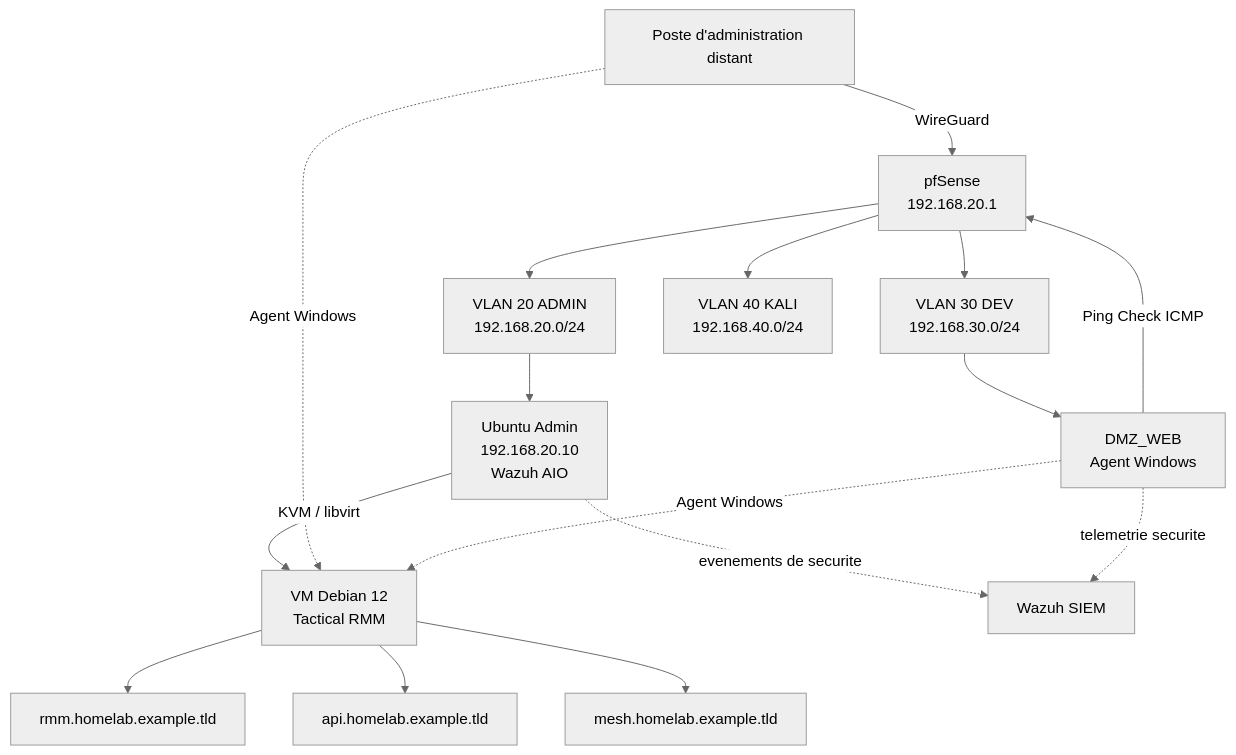
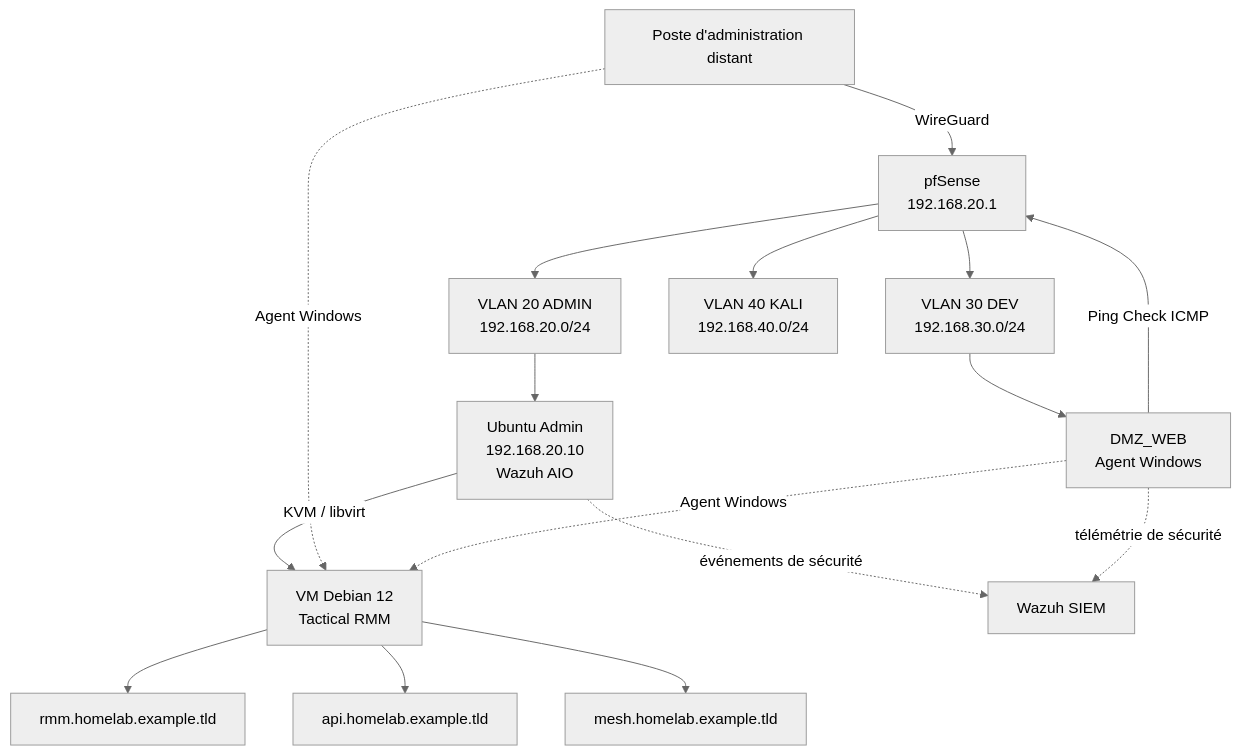
Before and after one commit to Mounir78190/Tactical-RMM-HomeLab: the diagram in diagrams/architecture.mmd, drawn with Mermaid (neutral theme). The commit also changed 11 other files, not shown here.

```diff
--- a/diagrams/architecture.mmd
+++ b/diagrams/architecture.mmd
@@ -1,21 +1,21 @@
 flowchart TB
     REMOTE[Poste d'administration distant] -->|WireGuard| PF[pfSense<br/>192.168.20.1]
 
     PF --> ADMIN[VLAN 20 ADMIN<br/>192.168.20.0/24]
     PF --> DEV[VLAN 30 DEV<br/>192.168.30.0/24]
     PF --> KALI[VLAN 40 KALI<br/>192.168.40.0/24]
 
     ADMIN --> HOST[Ubuntu Admin<br/>192.168.20.10<br/>Wazuh AIO]
     HOST -->|KVM / libvirt| TRMM[VM Debian 12<br/>Tactical RMM]
 
     TRMM --> FRONT[rmm.homelab.example.tld]
     TRMM --> API[api.homelab.example.tld]
     TRMM --> MESH[mesh.homelab.example.tld]
 
     DEV --> DMZWEB[DMZ_WEB<br/>Agent Windows]
     REMOTE -. Agent Windows .-> TRMM
     DMZWEB -. Agent Windows .-> TRMM
     DMZWEB -->|Ping Check ICMP| PF
 
-    HOST -. evenements de securite .-> WAZUH[Wazuh SIEM]
-    DMZWEB -. telemetrie securite .-> WAZUH
+    HOST -. événements de sécurité .-> WAZUH[Wazuh SIEM]
+    DMZWEB -. télémétrie de sécurité .-> WAZUH
```
